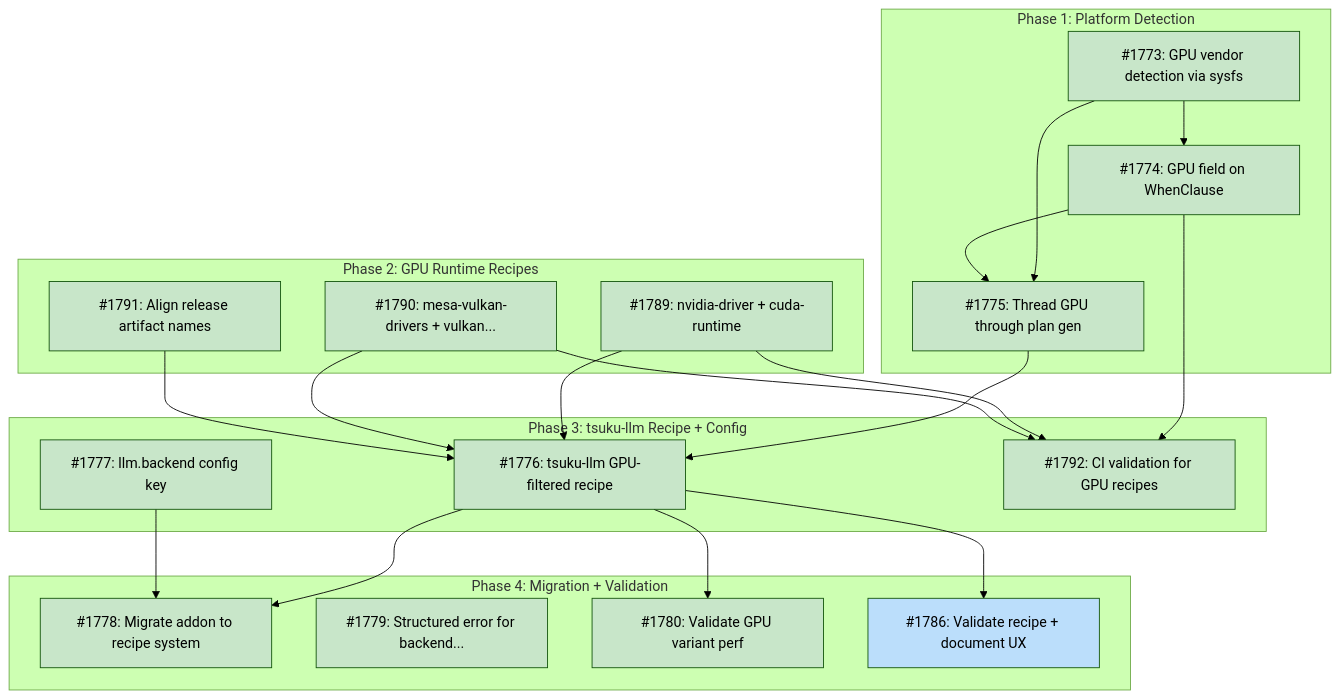
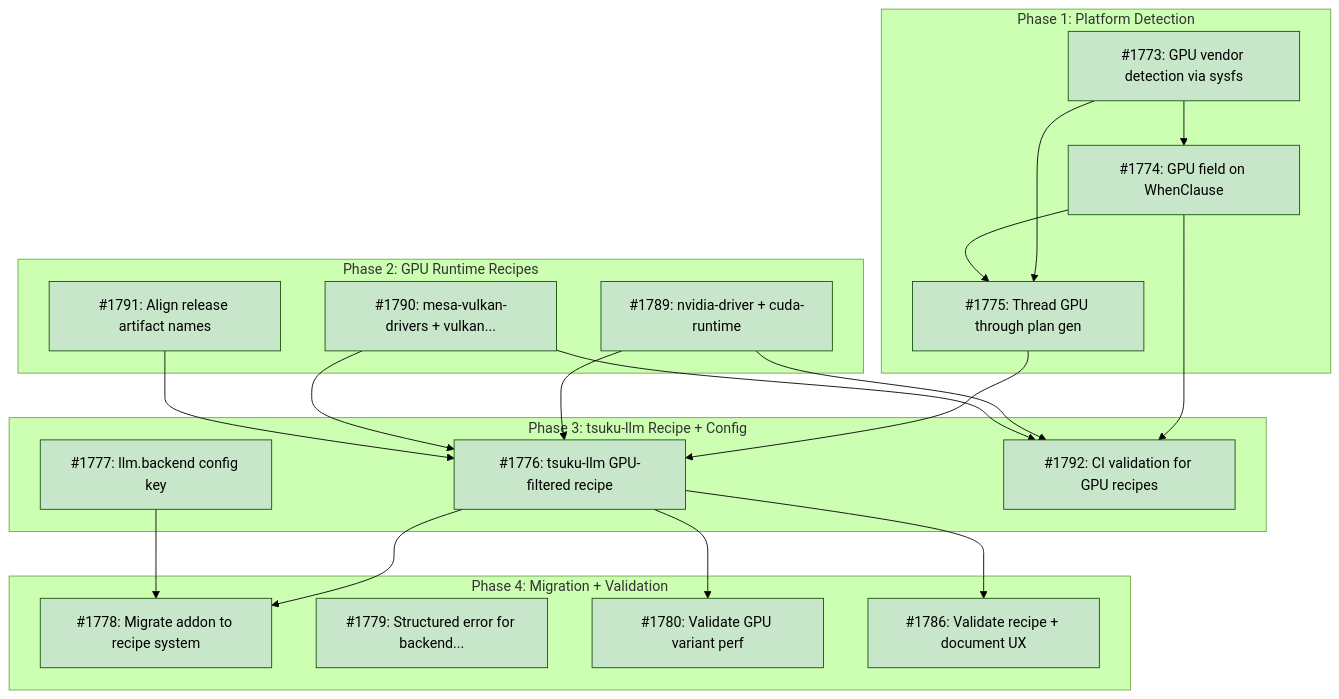
The diagram in docs/designs/DESIGN-gpu-backend-selection.md (tsukumogami/tsuku), drawn with Mermaid (forest theme) before and after one commit. The commit also changed other lines of this file and 5 other files, not shown here.

````diff
--- a/docs/designs/DESIGN-gpu-backend-selection.md
+++ b/docs/designs/DESIGN-gpu-backend-selection.md
@@ -72,51 +72,50 @@
 ```mermaid
 graph TD
     subgraph Phase1["Phase 1: Platform Detection"]
         I1773["#1773: GPU vendor detection via sysfs"]
         I1774["#1774: GPU field on WhenClause"]
         I1775["#1775: Thread GPU through plan gen"]
     end
 
     subgraph Phase2["Phase 2: GPU Runtime Recipes"]
         I1789["#1789: nvidia-driver + cuda-runtime"]
         I1790["#1790: mesa-vulkan-drivers + vulkan..."]
         I1791["#1791: Align release artifact names"]
     end
 
     subgraph Phase3["Phase 3: tsuku-llm Recipe + Config"]
         I1776["#1776: tsuku-llm GPU-filtered recipe"]
         I1777["#1777: llm.backend config key"]
         I1792["#1792: CI validation for GPU recipes"]
     end
 
     subgraph Phase4["Phase 4: Migration + Validation"]
         I1778["#1778: Migrate addon to recipe system"]
         I1779["#1779: Structured error for backend..."]
         I1780["#1780: Validate GPU variant perf"]
         I1786["#1786: Validate recipe + document UX"]
     end
 
     I1773 --> I1774
     I1773 --> I1775
     I1774 --> I1775
     I1774 --> I1792
     I1789 --> I1792
     I1790 --> I1792
     I1775 --> I1776
     I1789 --> I1776
     I1790 --> I1776
     I1791 --> I1776
     I1776 --> I1778
     I1777 --> I1778
     I1776 --> I1780
     I1776 --> I1786
 
     classDef done fill:#c8e6c9
     classDef ready fill:#bbdefb
     classDef blocked fill:#fff9c4
     classDef needsDesign fill:#e1bee7
     classDef tracksDesign fill:#FFE0B2,stroke:#F57C00,color:#000
 
-    class I1773,I1774,I1775,I1776,I1777,I1778,I1779,I1780,I1789,I1790,I1791,I1792 done
-    class I1786 ready
+    class I1773,I1774,I1775,I1776,I1777,I1778,I1779,I1780,I1786,I1789,I1790,I1791,I1792 done
 ```
````
